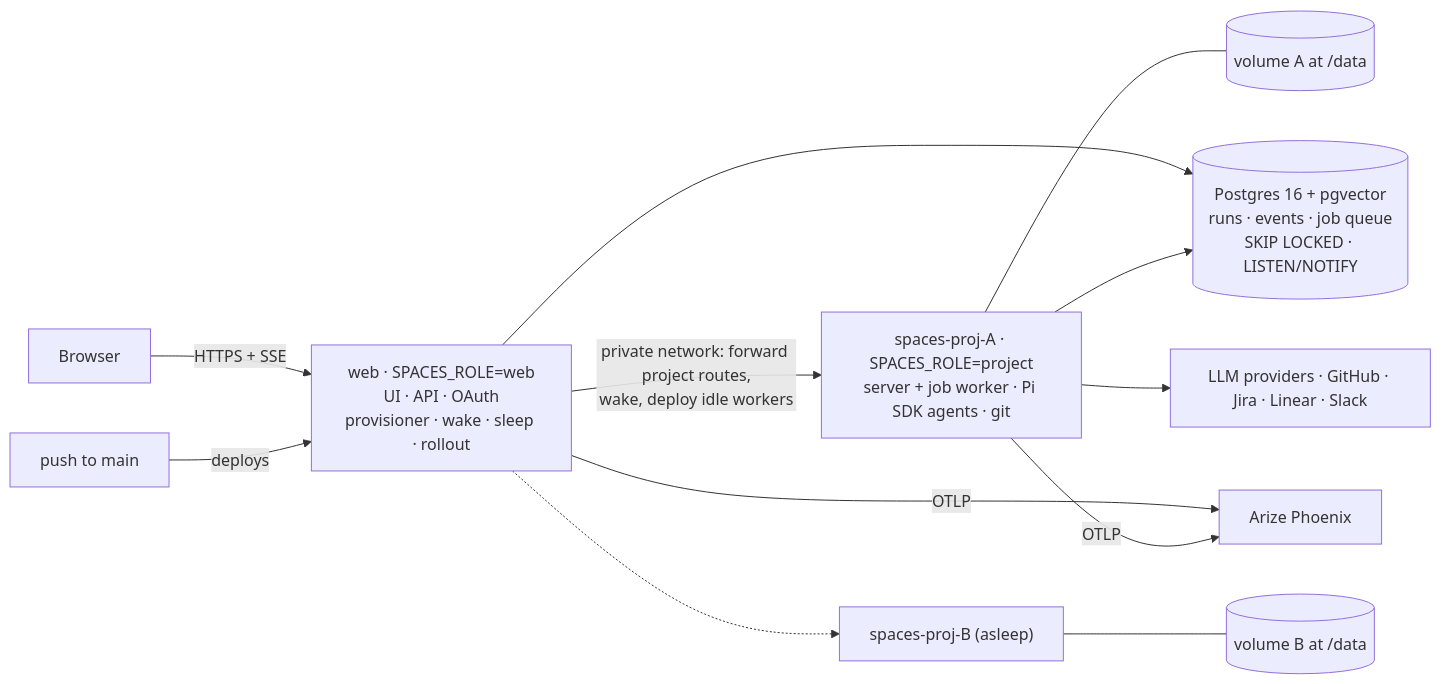
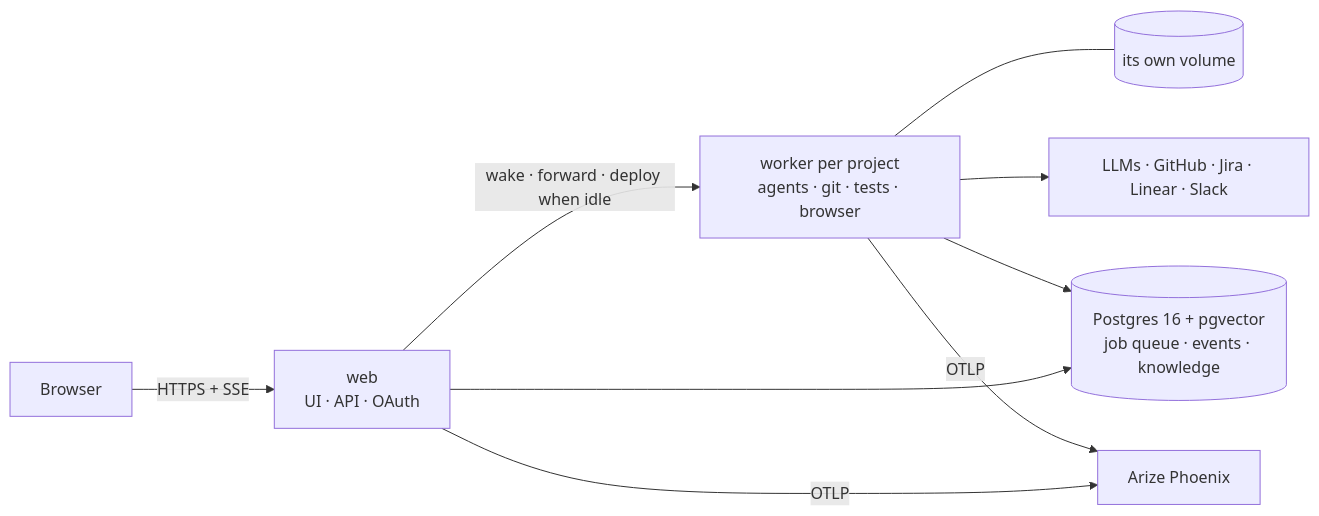
The second of 2 diagrams in README.md (rayedbajwa/spaces), drawn with Mermaid before and after one commit. The commit also changed other lines of this file, not shown here.

````diff
--- a/README.md
+++ b/README.md
@@ -357,12 +140,9 @@
 ```mermaid
 flowchart LR
-  U[Browser] -->|HTTPS + SSE| W["web · SPACES_ROLE=web<br/>UI · API · OAuth<br/>provisioner · wake · sleep · rollout"]
-  GH[push to main] -->|deploys| W
-  W -->|"private network: forward project routes,<br/>wake, deploy idle workers"| A["spaces-proj-A · SPACES_ROLE=project<br/>server + job worker · Pi SDK agents · git"]
-  W -.-> B["spaces-proj-B (asleep)"]
-  A --- VA[("volume A at /data")]
-  B --- VB[("volume B at /data")]
-  W & A --> P[("Postgres 16 + pgvector<br/>runs · events · job queue<br/>SKIP LOCKED · LISTEN/NOTIFY")]
-  A --> X[LLM providers · GitHub · Jira · Linear · Slack]
+  U[Browser] -->|HTTPS + SSE| W["web<br/>UI · API · OAuth"]
+  W -->|wake · forward · deploy when idle| A["worker per project<br/>agents · git · tests · browser"]
+  A --- VA[("its own volume")]
+  W & A --> P[("Postgres 16 + pgvector<br/>job queue · events · knowledge")]
+  A --> X["LLMs · GitHub · Jira · Linear · Slack"]
   W & A -->|OTLP| PX[Arize Phoenix]
 ```
````
